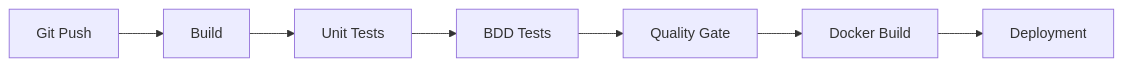
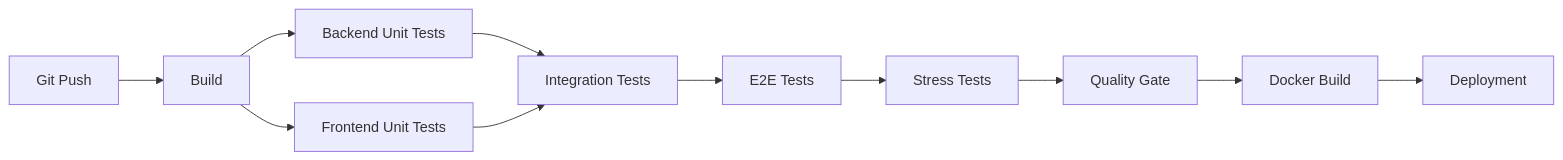
The first of 2 diagrams in README.md (hediloup/medhead), drawn with Mermaid before and after one commit. The commit also changed other lines of this file and 22 other files, not shown here.

````diff
--- a/README.md
+++ b/README.md
@@ -191,9 +403,13 @@
 ```mermaid
 graph LR
     A[Git Push] --> B[Build]
-    B --> C[Unit Tests]
-    C --> D[BDD Tests]
-    D --> E[Quality Gate]
-    E --> F[Docker Build]
-    F --> G[Deployment]
+    B --> C[Backend Unit Tests]
+    B --> D[Frontend Unit Tests]
+    C --> E[Integration Tests]
+    D --> E
+    E --> F[E2E Tests]
+    F --> G[Stress Tests]
+    G --> H[Quality Gate]
+    H --> I[Docker Build]
+    I --> J[Deployment]
 ```
````
